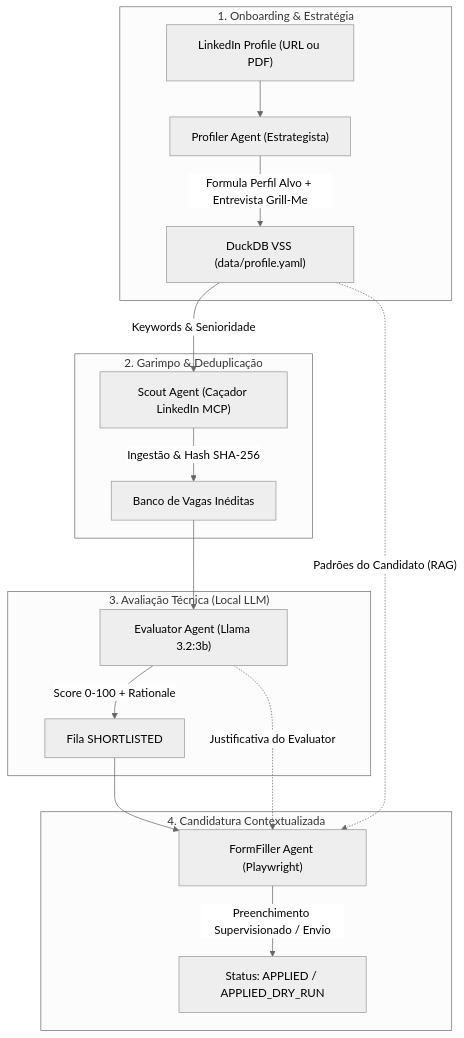
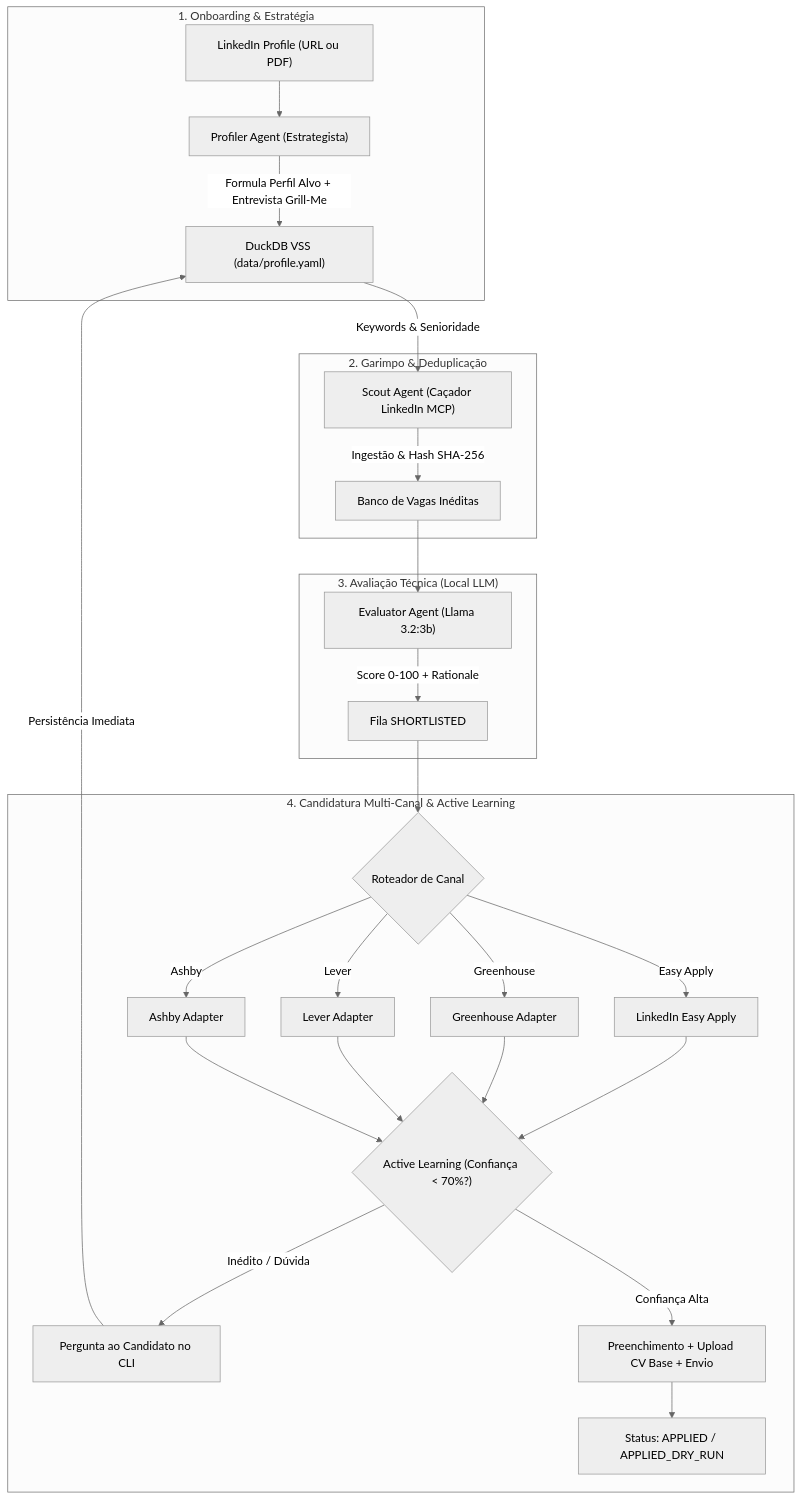
One commit to Helfstein-one/open-job-loop changed the diagram in README.md. Above: the diagram before and after it, drawn with Mermaid (neutral theme). The commit also changed other lines of this file and 22 other files, not shown here.

Commit message:
feat: implement multi-channel ATS adapters (Greenhouse, Lever, Ashby) and real-time Active Learning

````diff
--- a/README.md
+++ b/README.md
@@ -21,24 +21,31 @@
 ```mermaid
 flowchart TD
     subgraph Ingestion ["1. Onboarding & Estratégia"]
         A["LinkedIn Profile (URL ou PDF)"] --> B["Profiler Agent (Estrategista)"]
         B -->|"Formula Perfil Alvo + Entrevista Grill-Me"| C["DuckDB VSS (data/profile.yaml)"]
     end
 
     subgraph Discovery ["2. Garimpo & Deduplicação"]
         C -->|"Keywords & Senioridade"| D["Scout Agent (Caçador LinkedIn MCP)"]
         D -->|"Ingestão & Hash SHA-256"| E["Banco de Vagas Inéditas"]
     end
 
     subgraph Triage ["3. Avaliação Técnica (Local LLM)"]
         E --> F["Evaluator Agent (Llama 3.2:3b)"]
         F -->|"Score 0-100 + Rationale"| G["Fila SHORTLISTED"]
     end
 
-    subgraph Application ["4. Candidatura Contextualizada"]
-        G --> H["FormFiller Agent (Playwright)"]
-        C -.->|"Padrões do Candidato (RAG)"| H
-        F -.->|"Justificativa do Evaluator"| H
-        H -->|"Preenchimento Supervisionado / Envio"| I["Status: APPLIED / APPLIED_DRY_RUN"]
+    subgraph Application ["4. Candidatura Multi-Canal & Active Learning"]
+        G --> Router{"Roteador de Canal"}
+        Router -->|"Easy Apply"| FormFiller["LinkedIn Easy Apply"]
+        Router -->|"Greenhouse"| GH["Greenhouse Adapter"]
+        Router -->|"Lever"| LV["Lever Adapter"]
+        Router -->|"Ashby"| AS["Ashby Adapter"]
+
+        FormFiller & GH & LV & AS --> AL{"Active Learning (Confiança < 70%?)"}
+        AL -->|"Inédito / Dúvida"| UserPrompt["Pergunta ao Candidato no CLI"]
+        UserPrompt -->|"Persistência Imediata"| C
+        AL -->|"Confiança Alta"| Submit["Preenchimento + Upload CV Base + Envio"]
+        Submit --> Result["Status: APPLIED / APPLIED_DRY_RUN"]
     end
 ```
````
